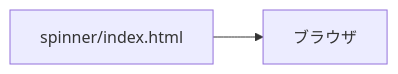
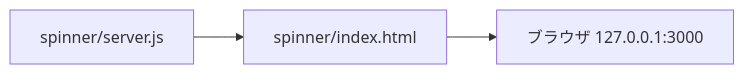
Before and after one commit to pfgnsb/hand-spinner: the diagram in spinner/ドキュメント/技術スタック.md, drawn with Mermaid. The commit also changed other lines of this file and 10 other files, not shown here.

````diff
--- a/spinner/ドキュメント/技術スタック.md
+++ b/spinner/ドキュメント/技術スタック.md
@@ -26,4 +28,5 @@
 ```mermaid
 flowchart LR
-  file["spinner/index.html"] --> browser[ブラウザ]
+  server["spinner/server.js"] --> file["spinner/index.html"]
+  file --> browser["ブラウザ 127.0.0.1:3000"]
 ```
````
